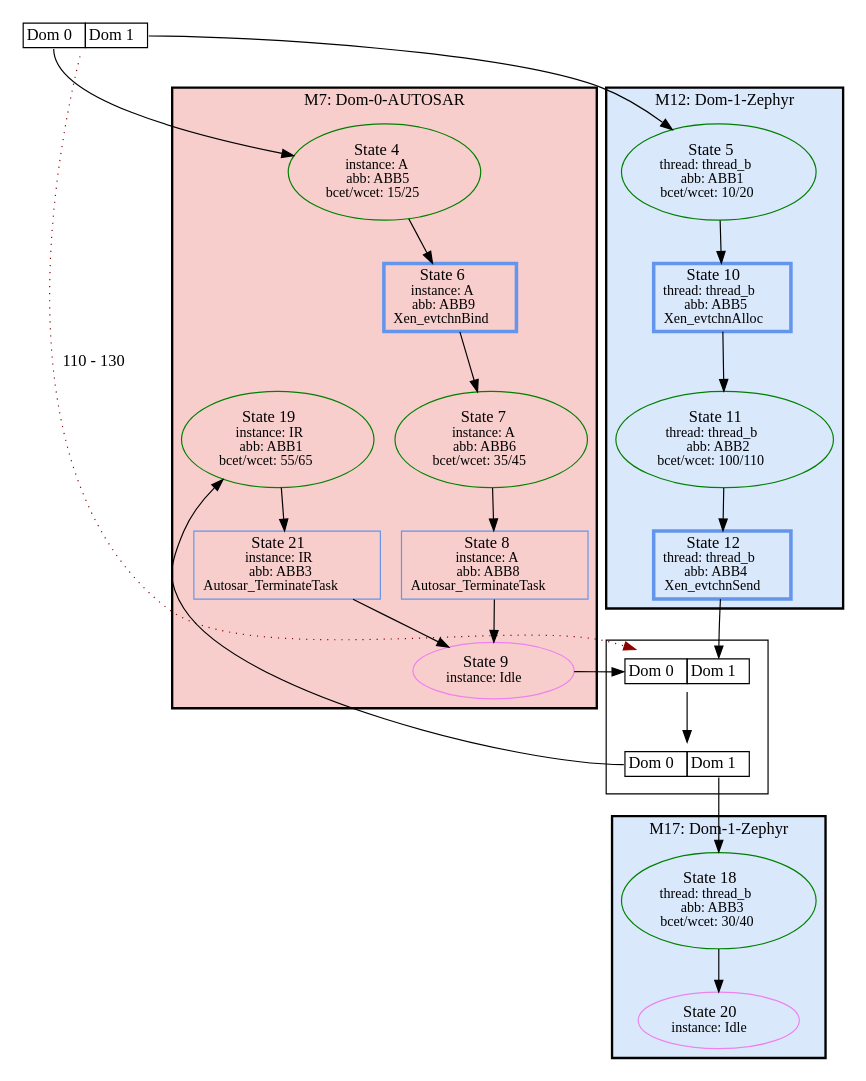
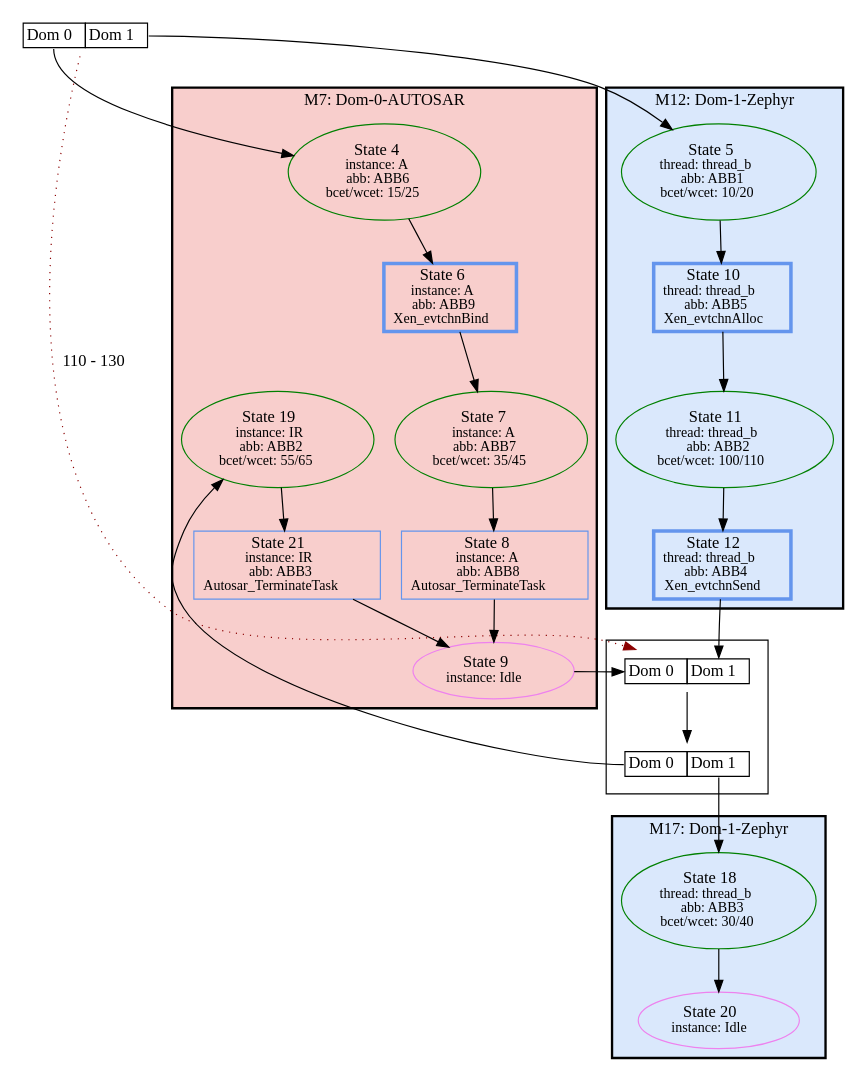
One commit to luhsra/ara changed the diagram in appl/Xen/hc-a-z2/HyperSSE.hc-a-z2.hstg.dot. Above: the diagram before and after it, drawn with Graphviz. The commit also changed 50 other files, not shown here.

Commit message:
HyperSSE-XenEval: update reference graphs because ABB numbers changed (not sure why)

```diff
--- a/appl/Xen/hc-a-z2/HyperSSE.hc-a-z2.hstg.dot
+++ b/appl/Xen/hc-a-z2/HyperSSE.hc-a-z2.hstg.dot
@@ -1,55 +1,55 @@
 digraph G {
 label="";
 1 [label=<<TABLE BORDER="0" CELLBORDER="1" CELLSPACING="0"><TR><TD PORT="c0">Dom 0</TD><TD PORT="c1">Dom 1</TD></TR></TABLE>>, shape=plaintext, tooltip=1];
 subgraph cluster_7 {
 label="M7: Dom-0-AUTOSAR";
 bgcolor="#F8CECC";
 style=bold;
-2 [fontsize=14, label=<State 4<br/><font point-size='12'>instance: A<br/>abb: ABB5<br/>bcet/wcet: 15/25</font>>, tooltip=2, style=solid, color=green];
+2 [fontsize=14, label=<State 4<br/><font point-size='12'>instance: A<br/>abb: ABB6<br/>bcet/wcet: 15/25</font>>, tooltip=2, style=solid, color=green];
 3 [fontsize=14, label=<State 6<br/><font point-size='12'>instance: A<br/>abb: ABB9<br/>Xen_evtchnBind</font>>, tooltip=3, color=cornflowerblue, shape=box, penwidth=3];
-4 [fontsize=14, label=<State 7<br/><font point-size='12'>instance: A<br/>abb: ABB6<br/>bcet/wcet: 35/45</font>>, tooltip=4, style=solid, color=green];
+4 [fontsize=14, label=<State 7<br/><font point-size='12'>instance: A<br/>abb: ABB7<br/>bcet/wcet: 35/45</font>>, tooltip=4, style=solid, color=green];
 5 [fontsize=14, label=<State 8<br/><font point-size='12'>instance: A<br/>abb: ABB8<br/>Autosar_TerminateTask</font>>, tooltip=5, color=cornflowerblue, shape=box];
 6 [fontsize=14, label=<State 9<br/><font point-size='12'>instance: Idle</font>>, tooltip=6, style=solid, color=violet];
-18 [fontsize=14, label=<State 19<br/><font point-size='12'>instance: IR<br/>abb: ABB1<br/>bcet/wcet: 55/65</font>>, tooltip=18, style=solid, color=green];
+18 [fontsize=14, label=<State 19<br/><font point-size='12'>instance: IR<br/>abb: ABB2<br/>bcet/wcet: 55/65</font>>, tooltip=18, style=solid, color=green];
 19 [fontsize=14, label=<State 21<br/><font point-size='12'>instance: IR<br/>abb: ABB3<br/>Autosar_TerminateTask</font>>, tooltip=19, color=cornflowerblue, shape=box];
 }
 subgraph cluster_12 {
 label="M12: Dom-1-Zephyr";
 bgcolor="#DAE8FC";
 style=bold;
 8 [fontsize=14, label=<State 5<br/><font point-size='12'>thread: thread_b<br/>abb: ABB1<br/>bcet/wcet: 10/20</font>>, tooltip=8, style=solid, color=green];
 9 [fontsize=14, label=<State 10<br/><font point-size='12'>thread: thread_b<br/>abb: ABB5<br/>Xen_evtchnAlloc</font>>, tooltip=9, color=cornflowerblue, shape=box, penwidth=3];
 10 [fontsize=14, label=<State 11<br/><font point-size='12'>thread: thread_b<br/>abb: ABB2<br/>bcet/wcet: 100/110</font>>, tooltip=10, style=solid, color=green];
 11 [fontsize=14, label=<State 12<br/><font point-size='12'>thread: thread_b<br/>abb: ABB4<br/>Xen_evtchnSend</font>>, tooltip=11, color=cornflowerblue, shape=box, penwidth=3];
 }
 subgraph cluster_17 {
 label="M17: Dom-1-Zephyr";
 bgcolor="#DAE8FC";
 style=bold;
 16 [fontsize=14, label=<State 20<br/><font point-size='12'>instance: Idle</font>>, tooltip=16, style=solid, color=violet];
 15 [fontsize=14, label=<State 18<br/><font point-size='12'>thread: thread_b<br/>abb: ABB3<br/>bcet/wcet: 30/40</font>>, tooltip=15, style=solid, color=green];
 }
 subgraph cluster_Metasync13 {
 label="";
 13 [label=<<TABLE BORDER="0" CELLBORDER="1" CELLSPACING="0"><TR><TD PORT="c0">Dom 0</TD><TD PORT="c1">Dom 1</TD></TR></TABLE>>, shape=plaintext, tooltip=13];
 14 [label=<<TABLE BORDER="0" CELLBORDER="1" CELLSPACING="0"><TR><TD PORT="c0">Dom 0</TD><TD PORT="c1">Dom 1</TD></TR></TABLE>>, shape=plaintext, tooltip=14];
 }
 1:c0 -> 2 [color=black];
 1:c1 -> 8 [color=black];
 1 -> 13 [color=darkred, style=dotted, label="110 - 130"];
 2 -> 3 [color=black];
 3 -> 4 [color=black];
 4 -> 5 [color=black];
 5 -> 6 [color=black];
 6 -> 13:c0 [color=black];
 8 -> 9 [color=black];
 9 -> 10 [color=black];
 10 -> 11 [color=black];
 11 -> 13:c1 [color=black];
 13 -> 14 [color=black];
 14:c1 -> 15 [color=black];
 14:c0 -> 18 [color=black];
 15 -> 16 [color=black];
 18 -> 19 [color=black];
 19 -> 6 [color=black];
 }
```
